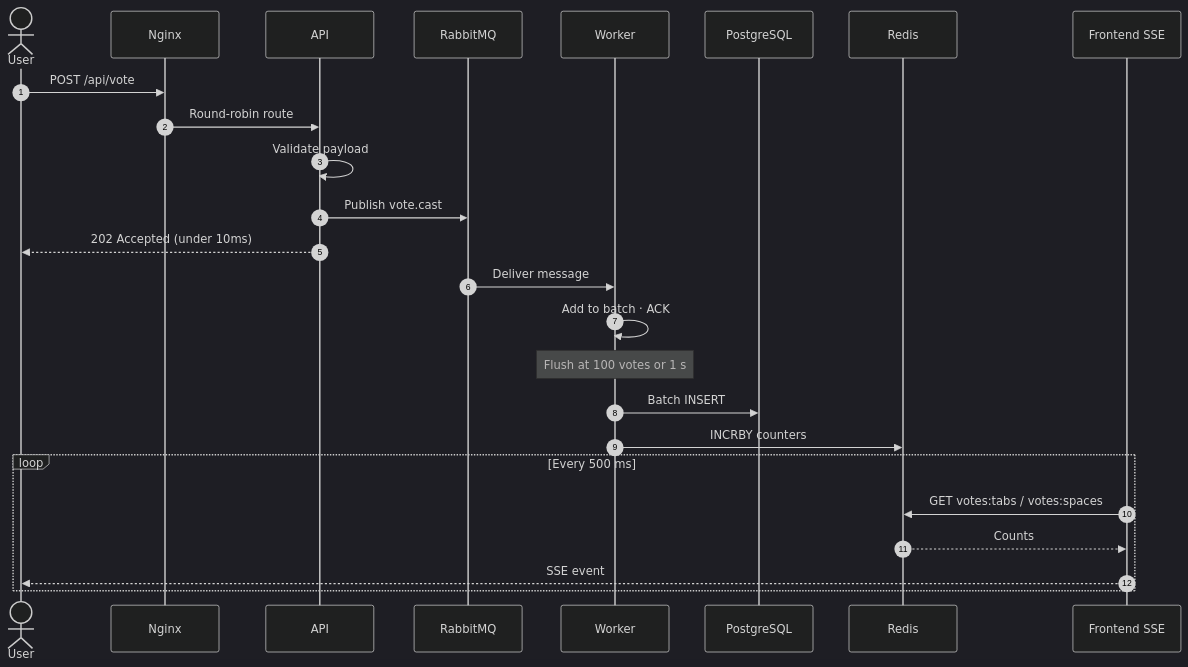
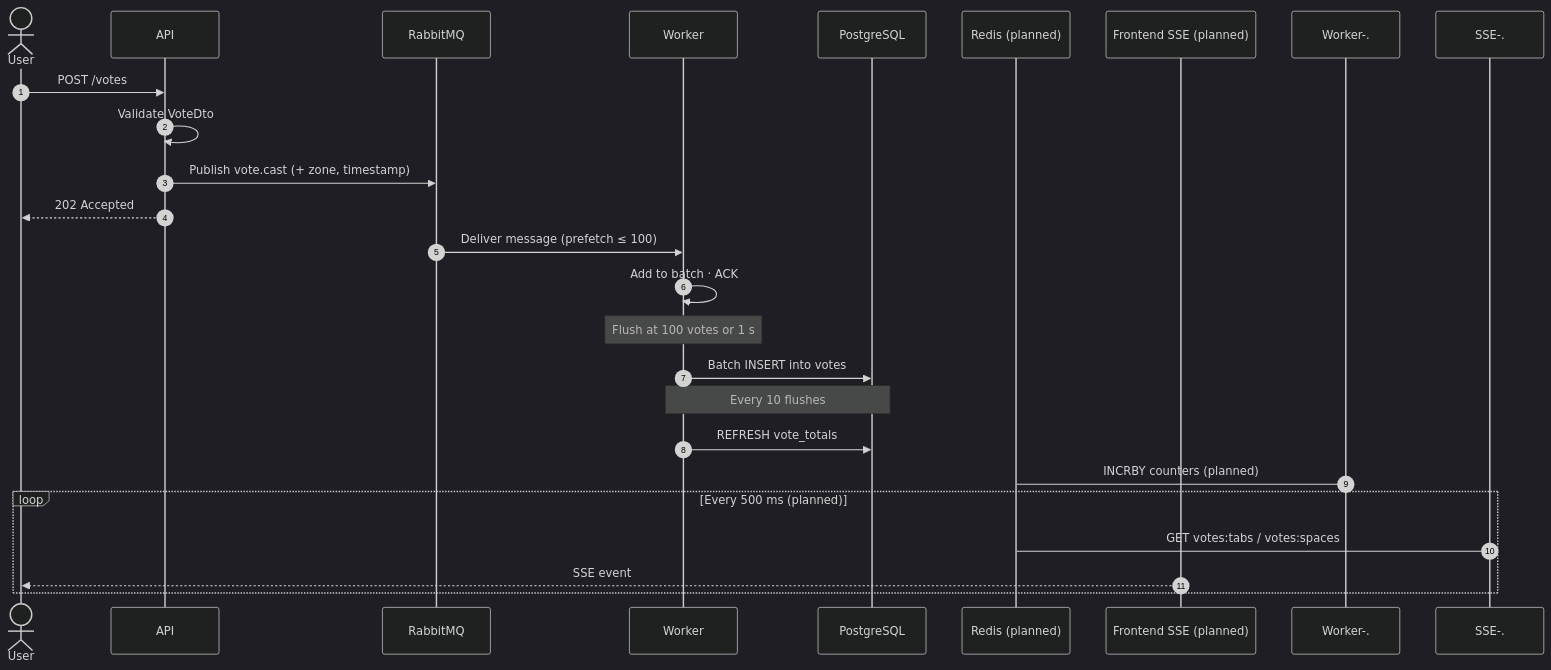
Before and after one commit to ahamedzoha/tabs-vs-spaces: the third of 5 diagrams in README.md, drawn with Mermaid (dark theme). The commit also changed other lines of this file and 31 other files, not shown here.

````diff
--- a/README.md
+++ b/README.md
@@ -719,30 +674,29 @@
 ```mermaid
 sequenceDiagram
     autonumber
     actor User
-    participant Nginx
     participant API
     participant RabbitMQ
     participant Worker
     participant PostgreSQL
-    participant Redis
-    participant SSE as Frontend SSE
 
-    User->>Nginx: POST /api/vote
-    Nginx->>API: Round-robin route
-    API->>API: Validate payload
-    API->>RabbitMQ: Publish vote.cast
-    API-->>User: 202 Accepted (under 10ms)
+    User->>API: POST /votes
+    API->>API: Validate VoteDto
+    API->>RabbitMQ: Publish vote.cast (+ zone, timestamp)
+    API-->>User: 202 Accepted
 
-    RabbitMQ->>Worker: Deliver message
+    RabbitMQ->>Worker: Deliver message (prefetch ≤ 100)
     Worker->>Worker: Add to batch · ACK
     Note over Worker: Flush at 100 votes or 1 s
-    Worker->>PostgreSQL: Batch INSERT
-    Worker->>Redis: INCRBY counters
+    Worker->>PostgreSQL: Batch INSERT into votes
+    Note over Worker,PostgreSQL: Every 10 flushes
+    Worker->>PostgreSQL: REFRESH vote_totals
 
-    loop Every 500 ms
-        SSE->>Redis: GET votes:tabs / votes:spaces
-        Redis-->>SSE: Counts
+    participant Redis as Redis (planned)
+    participant SSE as Frontend SSE (planned)
+    Worker-.->Redis: INCRBY counters (planned)
+    loop Every 500 ms (planned)
+        SSE-.->Redis: GET votes:tabs / votes:spaces
         SSE-->>User: SSE event
     end
 ```
````
